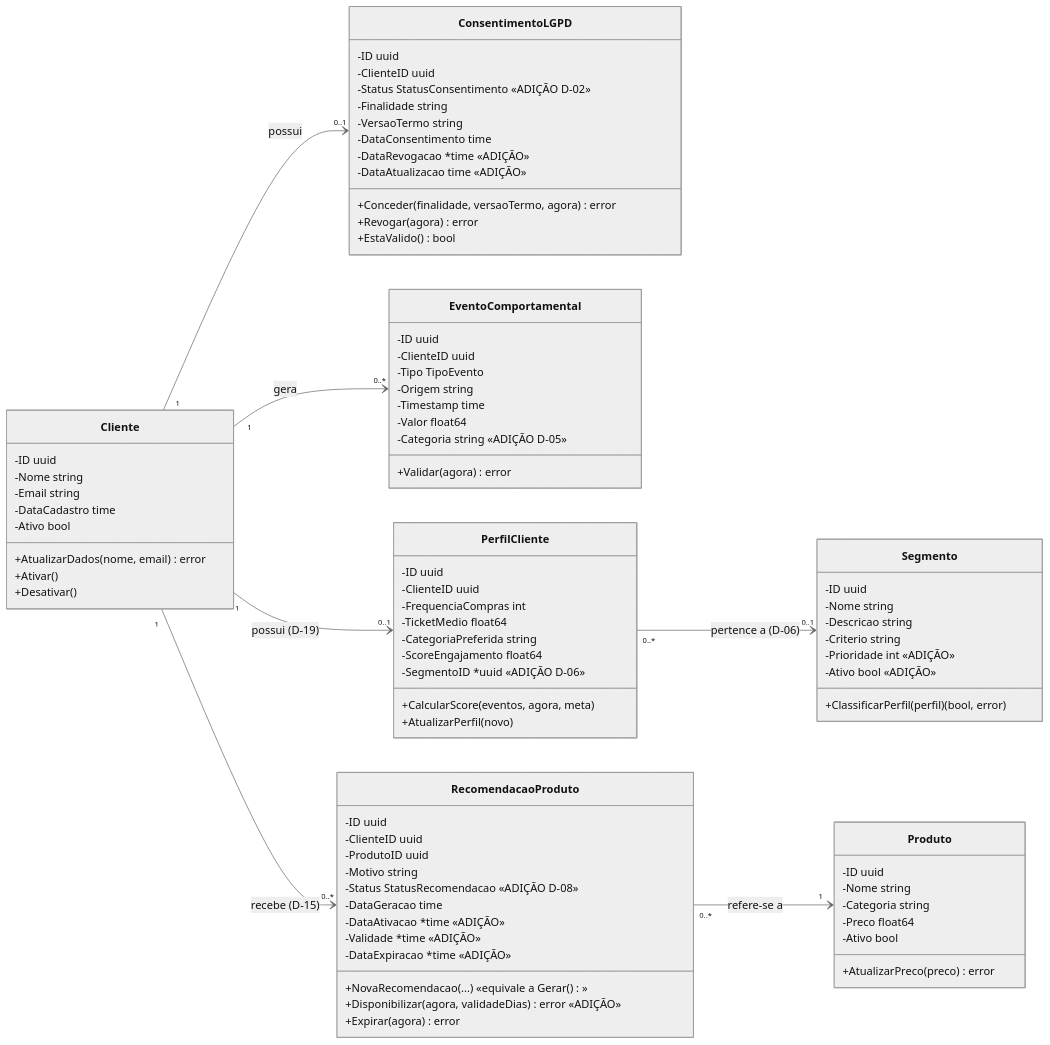
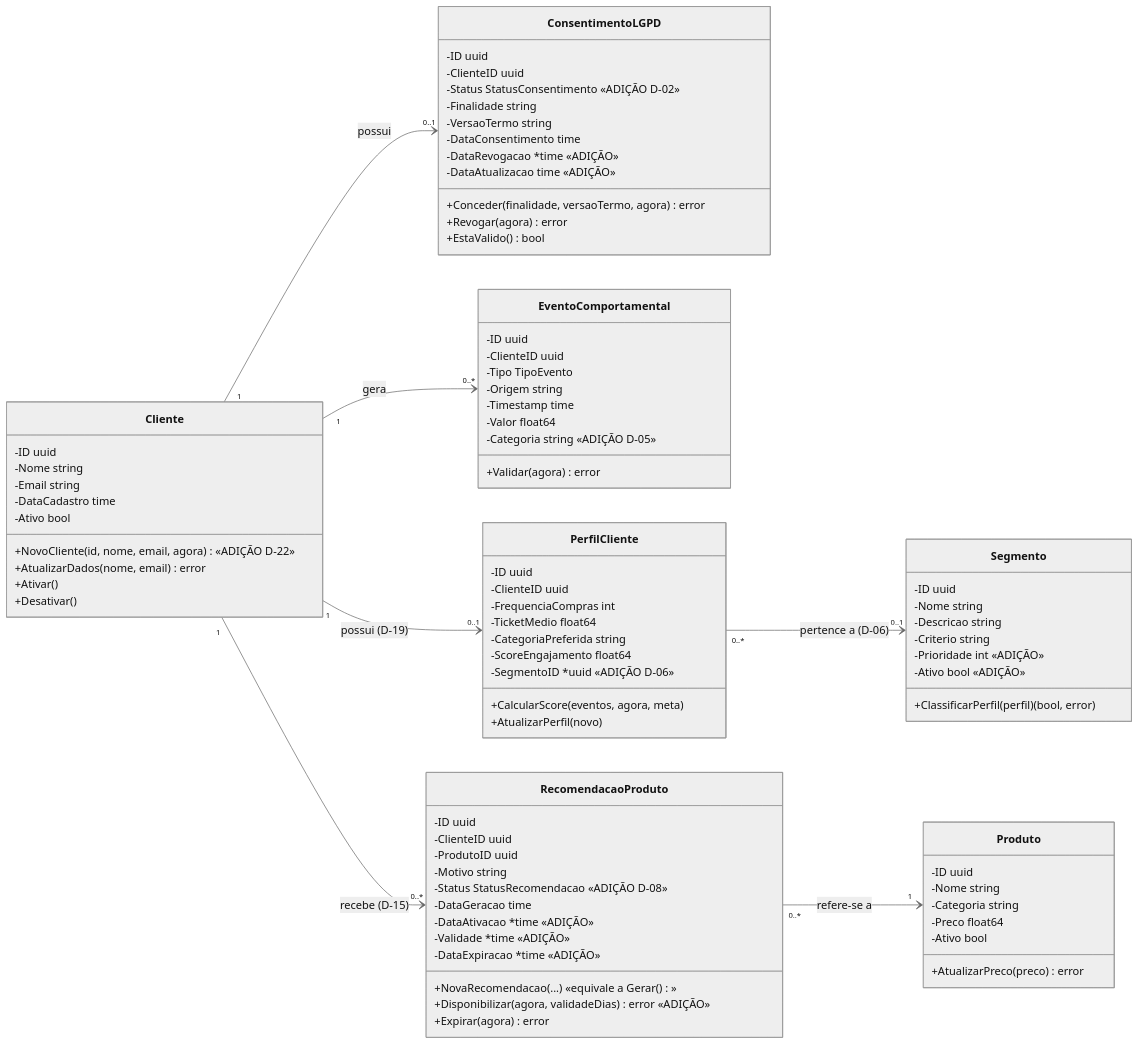
The first of 2 diagrams in docs/uml/UML2_classes.md (sthefanyblima/perfila), drawn with Mermaid (neutral theme) before and after one commit. The commit also changed other lines of this file and 54 other files, not shown here.

```diff
--- a/docs/uml/UML2_classes.md
+++ b/docs/uml/UML2_classes.md
@@ -17,6 +18,7 @@
     -Email string
     -DataCadastro time
     -Ativo bool
+    +NovoCliente(id, nome, email, agora) «ADIÇÃO D-22»
     +AtualizarDados(nome, email) error
     +Ativar()
     +Desativar()
```
